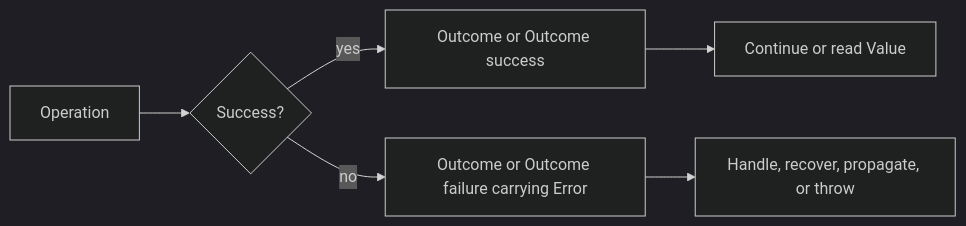
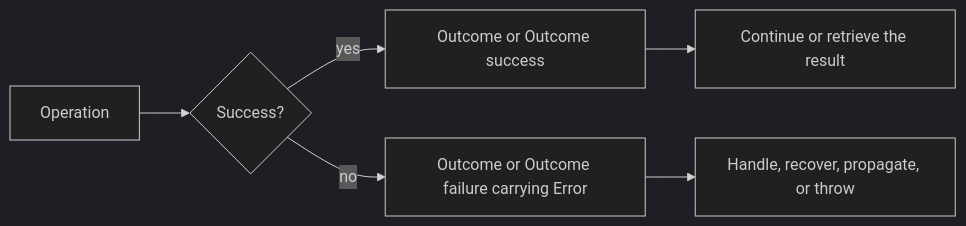
The diagram in doc/OutcomeGuide.en.md (Reefact/first-class-errors), drawn with Mermaid (dark theme) before and after one commit. The commit also changed other lines of this file, not shown here.

Commit message:
docs: correct outcome result access

````diff
--- a/doc/OutcomeGuide.en.md
+++ b/doc/OutcomeGuide.en.md
@@ -12,8 +12,8 @@
 ```mermaid
 flowchart LR
     A[Operation] --> B{Success?}
     B -->|yes| C[Outcome or Outcome<T> success]
     B -->|no| D[Outcome or Outcome<T> failure carrying Error]
-    C --> E[Continue or read Value]
+    C --> E[Continue or retrieve the result]
     D --> F[Handle, recover, propagate, or throw]
 ```
````
